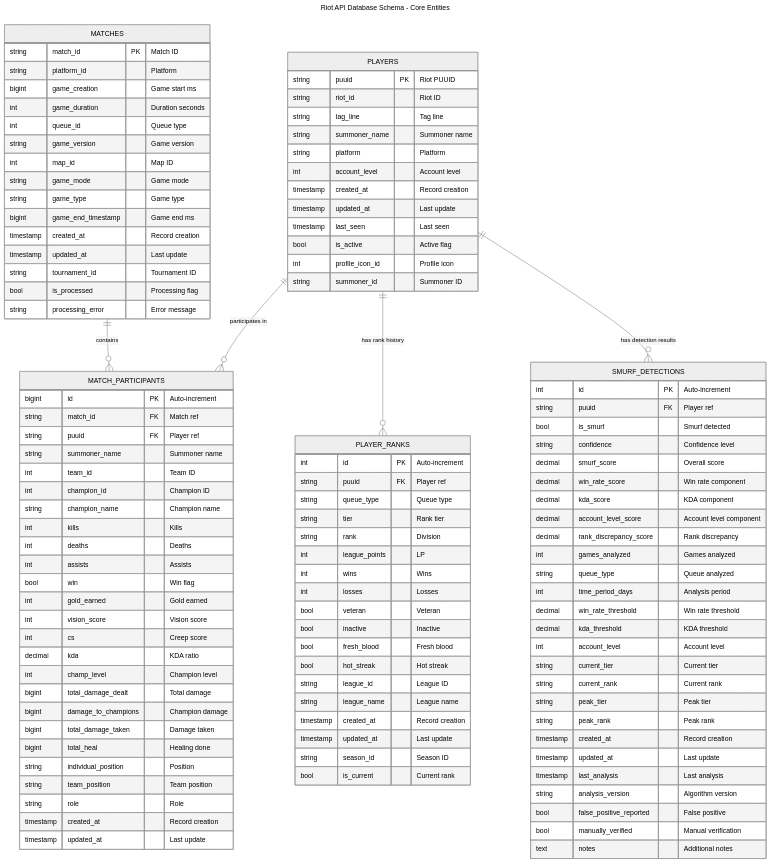
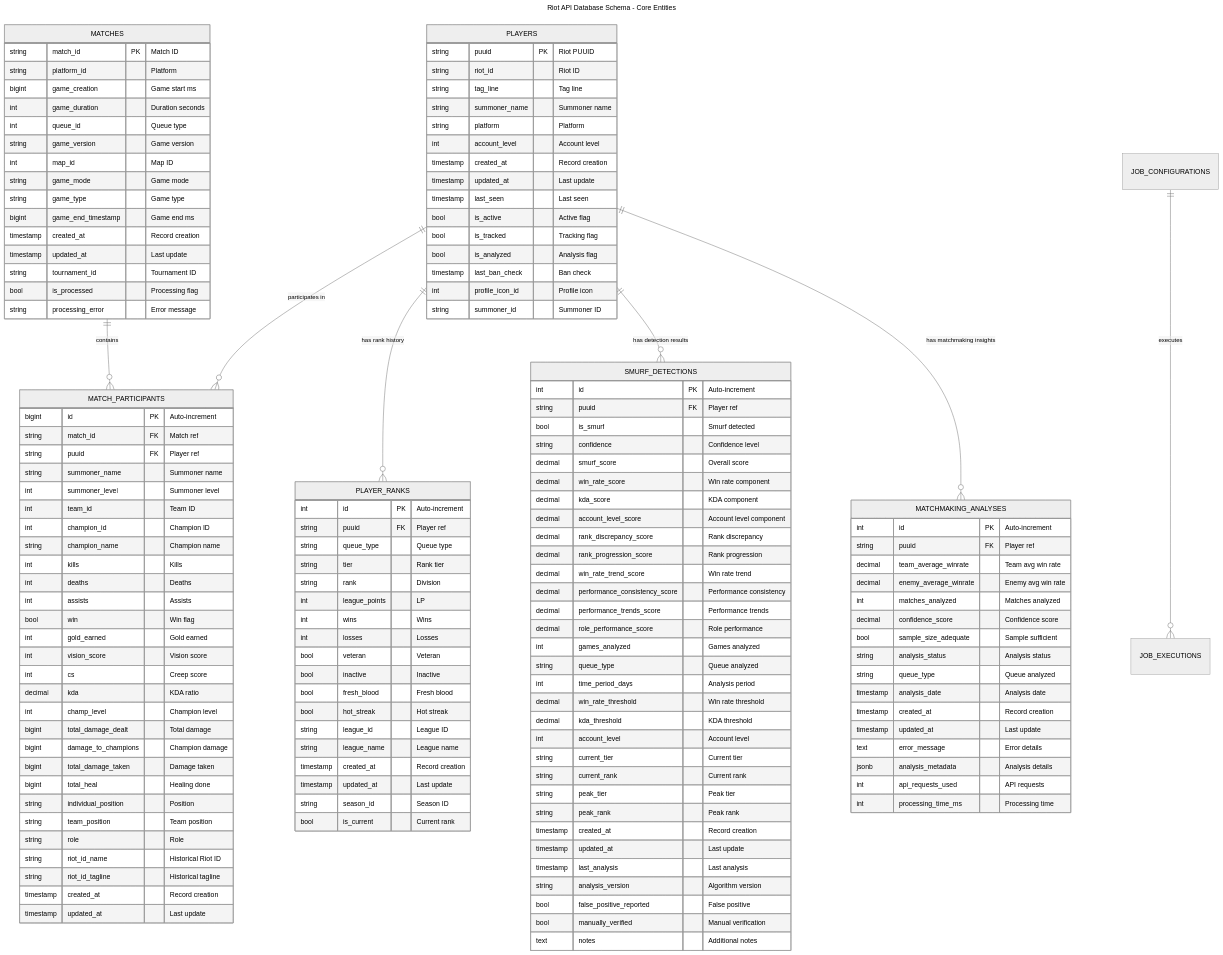
Before and after one commit to SlanyCukr/riot-api-project: the first of 2 diagrams in docs/database-schema.md, drawn with Mermaid (neutral theme). The commit also changed other lines of this file and 14 other files, not shown here.

````diff
--- a/docs/database-schema.md
+++ b/docs/database-schema.md
@@ -19,7 +19,9 @@
     PLAYERS ||--o{ MATCH_PARTICIPANTS : "participates in"
     PLAYERS ||--o{ PLAYER_RANKS : "has rank history"
     PLAYERS ||--o{ SMURF_DETECTIONS : "has detection results"
+    PLAYERS ||--o{ MATCHMAKING_ANALYSES : "has matchmaking insights"
     MATCHES ||--o{ MATCH_PARTICIPANTS : "contains"
+    JOB_CONFIGURATIONS ||--o{ JOB_EXECUTIONS : "executes"
 
     PLAYERS {
         string puuid PK "Riot PUUID"
@@ -32,6 +34,9 @@
         timestamp updated_at "Last update"
         timestamp last_seen "Last seen"
         bool is_active "Active flag"
+        bool is_tracked "Tracking flag"
+        bool is_analyzed "Analysis flag"
+        timestamp last_ban_check "Ban check"
         int profile_icon_id "Profile icon"
         string summoner_id "Summoner ID"
     }
@@ -59,6 +64,7 @@
         string match_id FK "Match ref"
         string puuid FK "Player ref"
         string summoner_name "Summoner name"
+        int summoner_level "Summoner level"
         int team_id "Team ID"
         int champion_id "Champion ID"
         string champion_name "Champion name"
@@ -78,6 +84,8 @@
         string individual_position "Position"
         string team_position "Team position"
         string role "Role"
+        string riot_id_name "Historical Riot ID"
+        string riot_id_tagline "Historical tagline"
         timestamp created_at "Record creation"
         timestamp updated_at "Last update"
     }
@@ -113,6 +121,11 @@
         decimal kda_score "KDA component"
         decimal account_level_score "Account level component"
         decimal rank_discrepancy_score "Rank discrepancy"
+        decimal rank_progression_score "Rank progression"
+        decimal win_rate_trend_score "Win rate trend"
+        decimal performance_consistency_score "Performance consistency"
+        decimal performance_trends_score "Performance trends"
+        decimal role_performance_score "Role performance"
         int games_analyzed "Games analyzed"
         string queue_type "Queue analyzed"
         int time_period_days "Analysis period"
@@ -131,4 +144,23 @@
         bool manually_verified "Manual verification"
         text notes "Additional notes"
     }
+
+    MATCHMAKING_ANALYSES {
+        int id PK "Auto-increment"
+        string puuid FK "Player ref"
+        decimal team_average_winrate "Team avg win rate"
+        decimal enemy_average_winrate "Enemy avg win rate"
+        int matches_analyzed "Matches analyzed"
+        decimal confidence_score "Confidence score"
+        bool sample_size_adequate "Sample sufficient"
+        string analysis_status "Analysis status"
+        string queue_type "Queue analyzed"
+        timestamp analysis_date "Analysis date"
+        timestamp created_at "Record creation"
+        timestamp updated_at "Last update"
+        text error_message "Error details"
+        jsonb analysis_metadata "Analysis details"
+        int api_requests_used "API requests"
+        int processing_time_ms "Processing time"
+    }
 ```
````
